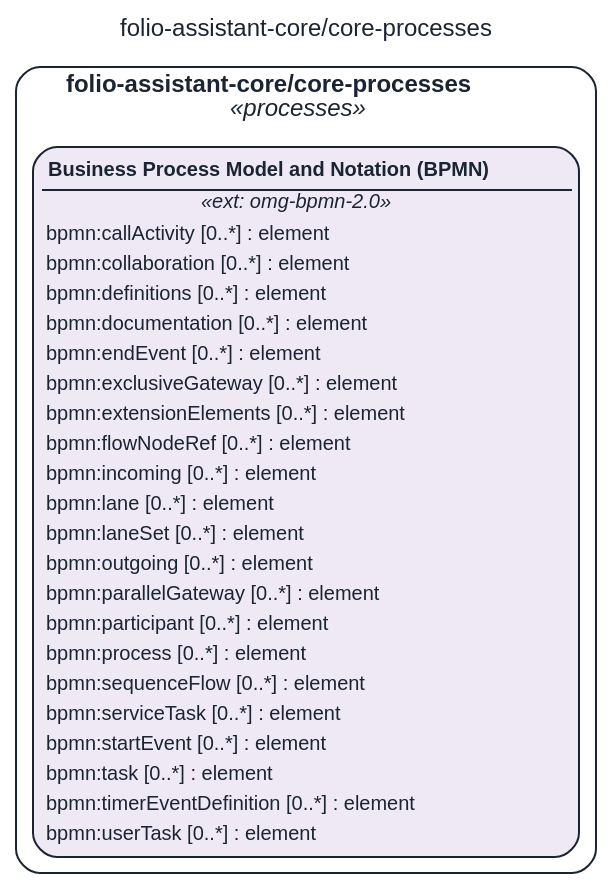
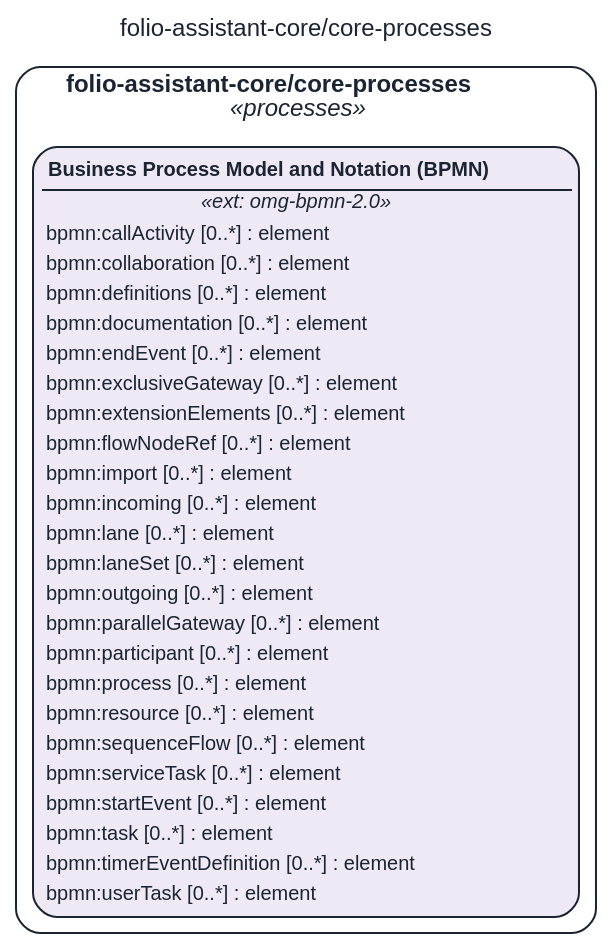
Before and after one commit to litlfred/folio-assistant: the diagram in STAGING/claude-repin-urat-2026-10-20/assets/img/uml/overview/folio-assistant-core/core-processes.dot, drawn with Graphviz. The commit also changed 2126 other files, not shown here.

```diff
--- a/STAGING/claude-repin-urat-2026-10-20/assets/img/uml/overview/folio-assistant-core/core-processes.dot
+++ b/STAGING/claude-repin-urat-2026-10-20/assets/img/uml/overview/folio-assistant-core/core-processes.dot
@@ -1,11 +1,11 @@
 // GENERATED by cat-harness-tools/scripts/gen-uml-overview.ts — do not edit.
 // Rendered page (interactive view, same model): https://litlfred.github.io/folio-assistant/uml/overview/folio-assistant-core/core-processes.html
 digraph "folio_assistant_core_core_processes" {
   graph [label="folio-assistant-core/core-processes", labelloc=t, fontname="Helvetica", fontsize=12, fontcolor="#1b2432", newrank=true, ratio=auto, nodesep=0.3, ranksep=0.5, bgcolor="transparent"];
   node [shape=box, style="rounded,filled", margin=0.05, fontname="Helvetica", fontsize=10, color="#1b2432", fontcolor="#1b2432"];
   edge [color="#1b2432", fontcolor="#1b2432", fontname="Helvetica", fontsize=9];
   subgraph "cluster_pkg_folio_assistant_core_core_processes" {
     label=<<b>folio-assistant-core/core-processes</b><br/><i>«processes»</i>>; style="rounded"; color="#1b2432"; class="fa_uml_subgraph";
-    "folio_assistant_core_core_processes_omg_bpmn_2_0" [fillcolor="#eee9f5", class="fa_uml_kind_processes", label=<<table border="0" cellborder="0" cellspacing="0" cellpadding="2"><tr><td border="1" sides="b"><b>Business Process Model and Notation (BPMN)</b></td></tr><tr><td><i>«ext: omg-bpmn-2.0»</i></td></tr><tr><td align="left">bpmn:callActivity [0..*] : element</td></tr><tr><td align="left">bpmn:collaboration [0..*] : element</td></tr><tr><td align="left">bpmn:definitions [0..*] : element</td></tr><tr><td align="left">bpmn:documentation [0..*] : element</td></tr><tr><td align="left">bpmn:endEvent [0..*] : element</td></tr><tr><td align="left">bpmn:exclusiveGateway [0..*] : element</td></tr><tr><td align="left">bpmn:extensionElements [0..*] : element</td></tr><tr><td align="left">bpmn:flowNodeRef [0..*] : element</td></tr><tr><td align="left">bpmn:incoming [0..*] : element</td></tr><tr><td align="left">bpmn:lane [0..*] : element</td></tr><tr><td align="left">bpmn:laneSet [0..*] : element</td></tr><tr><td align="left">bpmn:outgoing [0..*] : element</td></tr><tr><td align="left">bpmn:parallelGateway [0..*] : element</td></tr><tr><td align="left">bpmn:participant [0..*] : element</td></tr><tr><td align="left">bpmn:process [0..*] : element</td></tr><tr><td align="left">bpmn:sequenceFlow [0..*] : element</td></tr><tr><td align="left">bpmn:serviceTask [0..*] : element</td></tr><tr><td align="left">bpmn:startEvent [0..*] : element</td></tr><tr><td align="left">bpmn:task [0..*] : element</td></tr><tr><td align="left">bpmn:timerEventDefinition [0..*] : element</td></tr><tr><td align="left">bpmn:userTask [0..*] : element</td></tr></table>>];
+    "folio_assistant_core_core_processes_omg_bpmn_2_0" [fillcolor="#eee9f5", class="fa_uml_kind_processes", label=<<table border="0" cellborder="0" cellspacing="0" cellpadding="2"><tr><td border="1" sides="b"><b>Business Process Model and Notation (BPMN)</b></td></tr><tr><td><i>«ext: omg-bpmn-2.0»</i></td></tr><tr><td align="left">bpmn:callActivity [0..*] : element</td></tr><tr><td align="left">bpmn:collaboration [0..*] : element</td></tr><tr><td align="left">bpmn:definitions [0..*] : element</td></tr><tr><td align="left">bpmn:documentation [0..*] : element</td></tr><tr><td align="left">bpmn:endEvent [0..*] : element</td></tr><tr><td align="left">bpmn:exclusiveGateway [0..*] : element</td></tr><tr><td align="left">bpmn:extensionElements [0..*] : element</td></tr><tr><td align="left">bpmn:flowNodeRef [0..*] : element</td></tr><tr><td align="left">bpmn:import [0..*] : element</td></tr><tr><td align="left">bpmn:incoming [0..*] : element</td></tr><tr><td align="left">bpmn:lane [0..*] : element</td></tr><tr><td align="left">bpmn:laneSet [0..*] : element</td></tr><tr><td align="left">bpmn:outgoing [0..*] : element</td></tr><tr><td align="left">bpmn:parallelGateway [0..*] : element</td></tr><tr><td align="left">bpmn:participant [0..*] : element</td></tr><tr><td align="left">bpmn:process [0..*] : element</td></tr><tr><td align="left">bpmn:resource [0..*] : element</td></tr><tr><td align="left">bpmn:sequenceFlow [0..*] : element</td></tr><tr><td align="left">bpmn:serviceTask [0..*] : element</td></tr><tr><td align="left">bpmn:startEvent [0..*] : element</td></tr><tr><td align="left">bpmn:task [0..*] : element</td></tr><tr><td align="left">bpmn:timerEventDefinition [0..*] : element</td></tr><tr><td align="left">bpmn:userTask [0..*] : element</td></tr></table>>];
   }
 }
```
